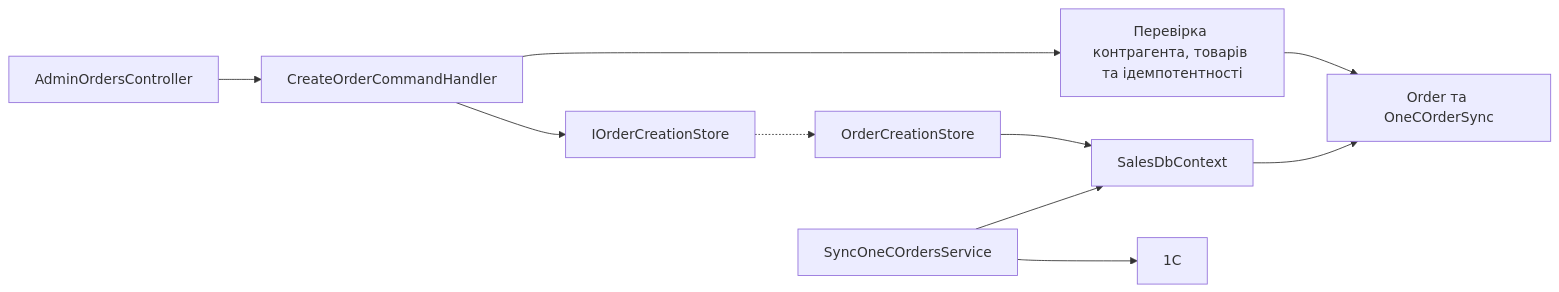
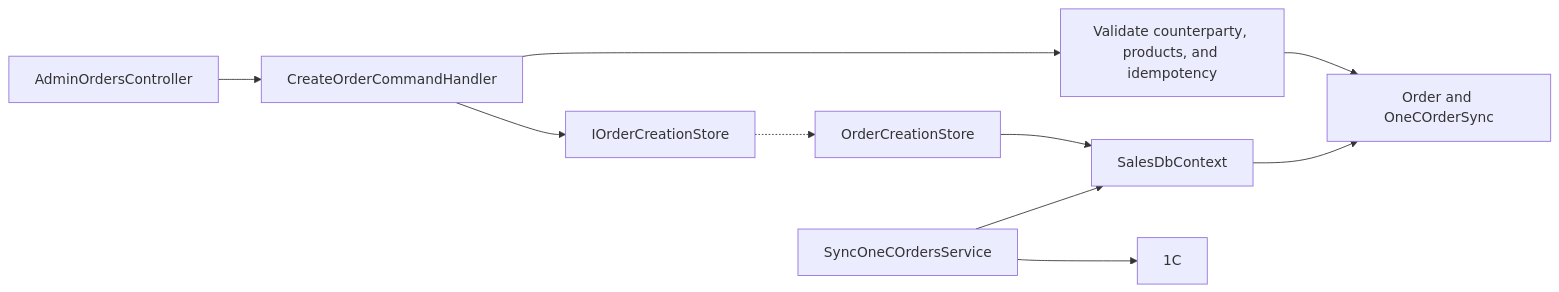
The diagram in docs/sdd/features/sales/admin-orders.md (Weretik/KedrStore), drawn with Mermaid before and after one commit. The commit also changed other lines of this file and 83 other files, not shown here.

Commit message:
docs(kedr): reconcile architecture and delivery guidance

````diff
--- a/docs/sdd/features/sales/admin-orders.md
+++ b/docs/sdd/features/sales/admin-orders.md
@@ -37,12 +37,12 @@
 ```mermaid
 flowchart LR
     A["AdminOrdersController"] --> B["CreateOrderCommandHandler"]
-    B --> C["Перевірка контрагента, товарів та ідемпотентності"]
-    C --> D["Order та OneCOrderSync"]
+    B --> C["Validate counterparty, products, and idempotency"]
+    C --> D["Order and OneCOrderSync"]
     B --> E["IOrderCreationStore"]
     E -.-> F["OrderCreationStore"]
     F --> G["SalesDbContext"]
     G --> D
     H["SyncOneCOrdersService"] --> G
     H --> I["1C"]
 ```
````
